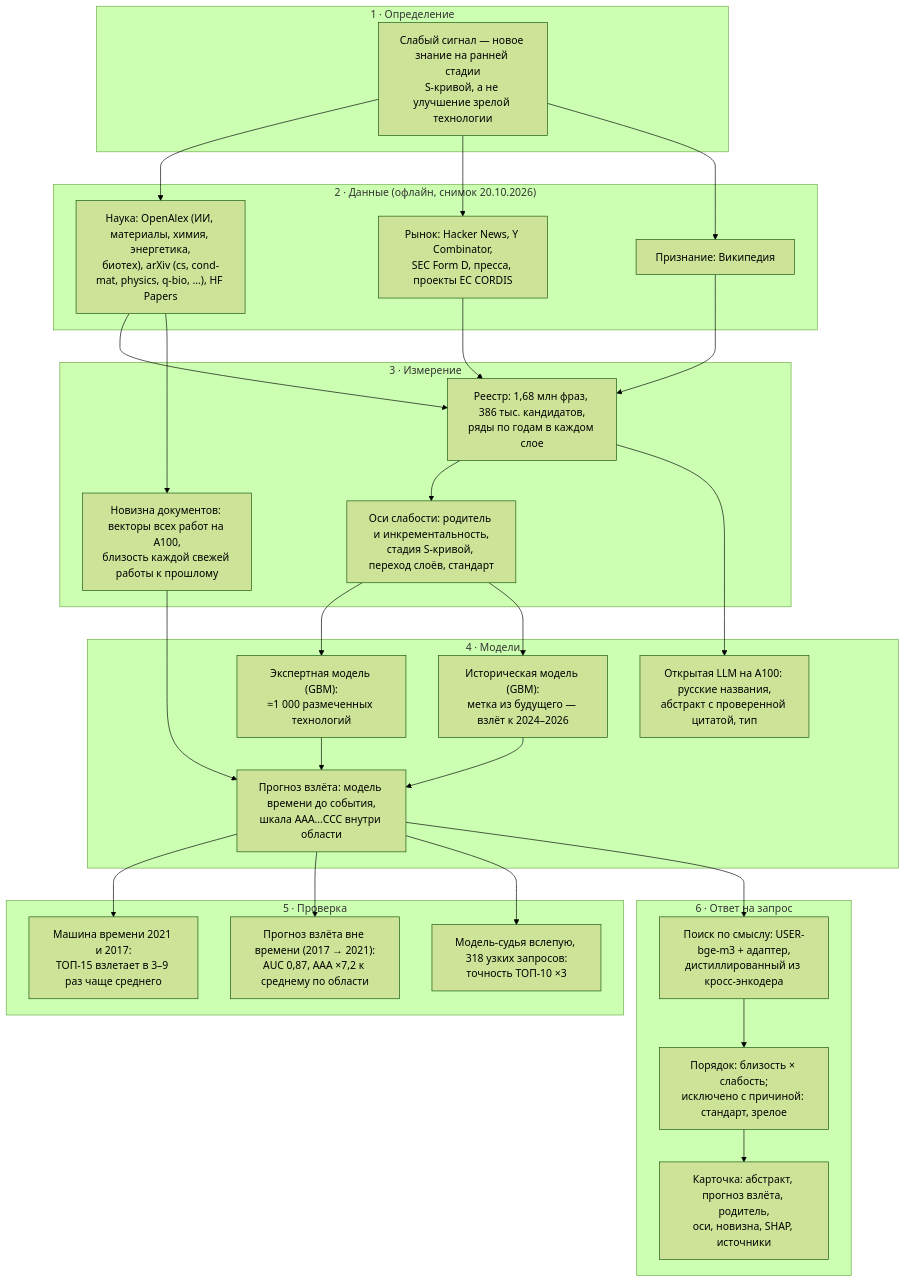
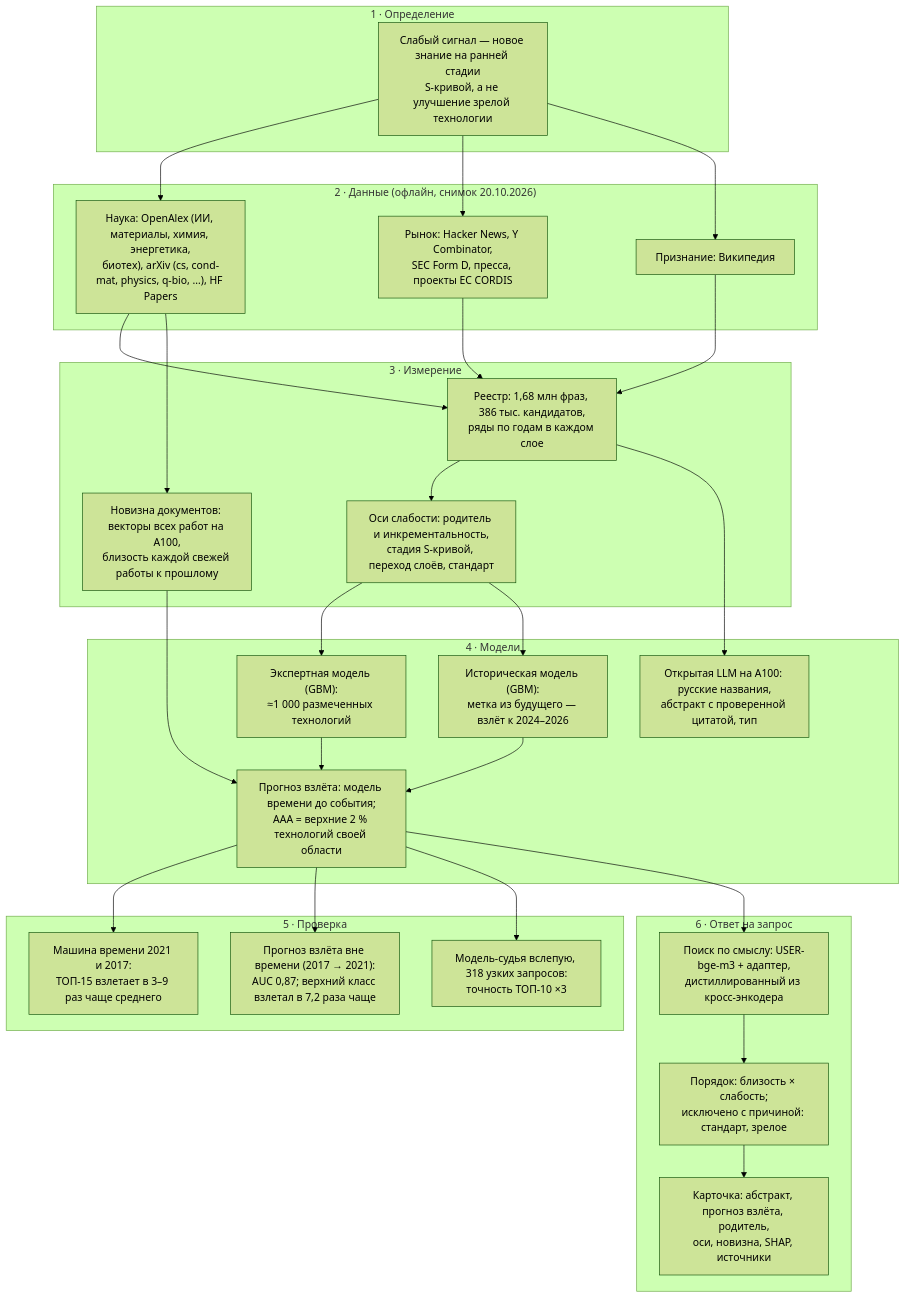
Before and after one commit to weak-signals-forecast/predvestnik: the diagram in README.md, drawn with Mermaid (forest theme). The commit also changed other lines of this file, not shown here.

Commit message:
README: объяснить рейтинг потенциала взлёта

````diff
--- a/README.md
+++ b/README.md
@@ -90,37 +90,37 @@
 ```mermaid
 flowchart TB
     subgraph D0["1 · Определение"]
         H["Слабый сигнал — новое знание на ранней стадии<br/>S-кривой, а не улучшение зрелой технологии"]
     end
     subgraph D1["2 · Данные (офлайн, снимок 20.10.2026)"]
         C1["Наука: OpenAlex (ИИ, материалы, химия, энергетика,<br/>биотех), arXiv (cs, cond-mat, physics, q-bio, …), HF Papers"]
         C2["Рынок: Hacker News, Y Combinator,<br/>SEC Form D, пресса, проекты ЕС CORDIS"]
         C3["Признание: Википедия"]
     end
     subgraph D2["3 · Измерение"]
         R["Реестр: 1,68 млн фраз, 386 тыс. кандидатов,<br/>ряды по годам в каждом слое"]
         A["Оси слабости: родитель и инкрементальность,<br/>стадия S-кривой, переход слоёв, стандарт"]
         N["Новизна документов: векторы всех работ на A100,<br/>близость каждой свежей работы к прошлому"]
     end
     subgraph D3["4 · Модели"]
         M1["Экспертная модель (GBM):<br/>≈1 000 размеченных технологий"]
         M2["Историческая модель (GBM):<br/>метка из будущего — взлёт к 2024–2026"]
-        P["Прогноз взлёта: модель времени до события,<br/>шкала AAA…CCC внутри области"]
+        P["Прогноз взлёта: модель времени до события;<br/>AAA = верхние 2 % технологий своей области"]
         L["Открытая LLM на A100: русские названия,<br/>абстракт с проверенной цитатой, тип"]
     end
     subgraph D4["5 · Проверка"]
         V1["Машина времени 2021 и 2017:<br/>ТОП-15 взлетает в 3–9 раз чаще среднего"]
-        V2["Прогноз взлёта вне времени (2017 → 2021):<br/>AUC 0,87, AAA ×7,2 к среднему по области"]
+        V2["Прогноз взлёта вне времени (2017 → 2021):<br/>AUC 0,87; верхний класс взлетал в 7,2 раза чаще"]
         V3["Модель-судья вслепую, 318 узких запросов:<br/>точность ТОП-10 ×3"]
     end
     subgraph D5["6 · Ответ на запрос"]
         O["Поиск по смыслу: USER-bge-m3 + адаптер,<br/>дистиллированный из кросс-энкодера"]
         X["Порядок: близость × слабость;<br/>исключено с причиной: стандарт, зрелое"]
         K["Карточка: абстракт, прогноз взлёта, родитель,<br/>оси, новизна, SHAP, источники"]
     end
     H --> C1 & C2 & C3 --> R --> A --> M1 & M2 --> P
     C1 --> N --> P
     R --> L
     P --> V1 & V2 & V3
     P --> O --> X --> K
 ```
````
